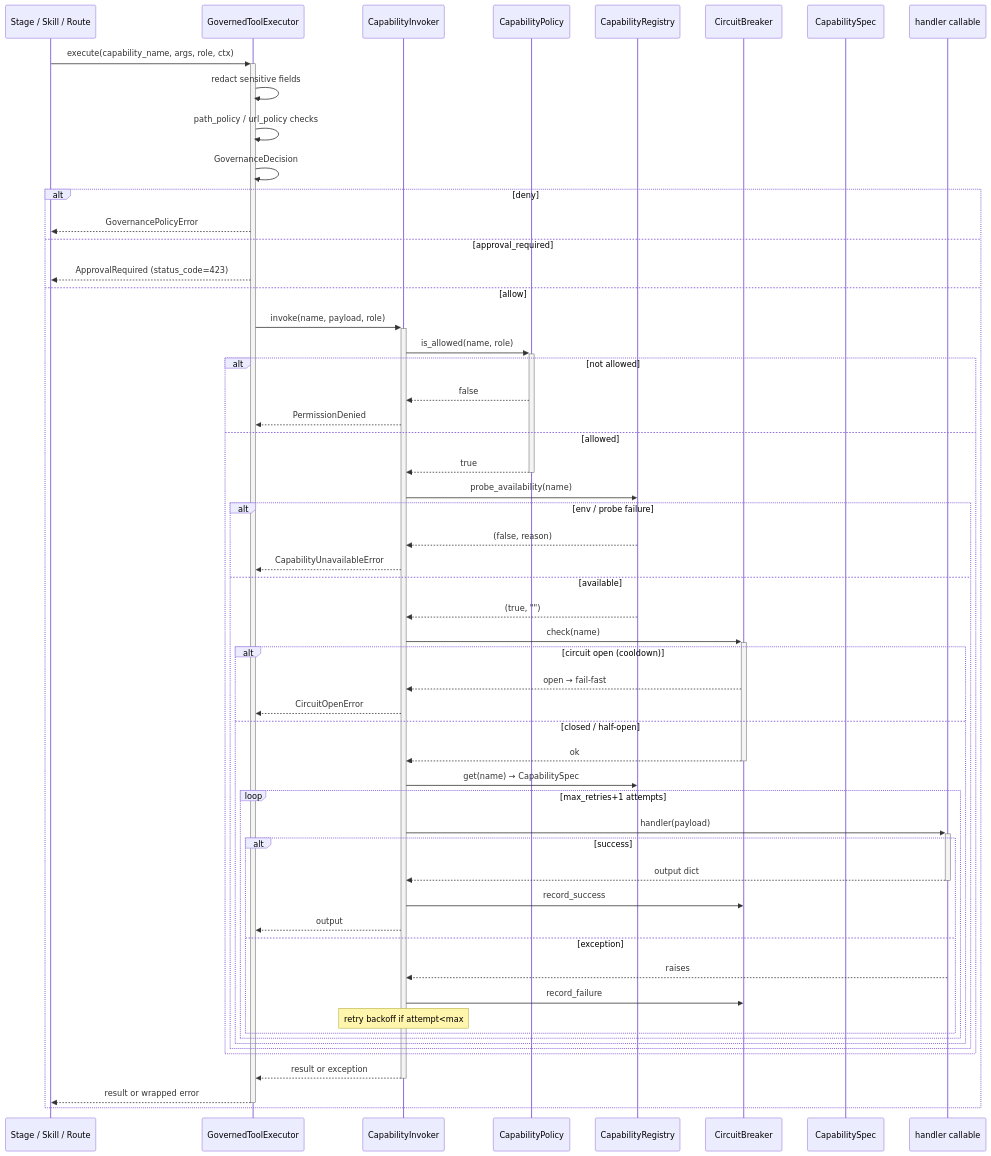
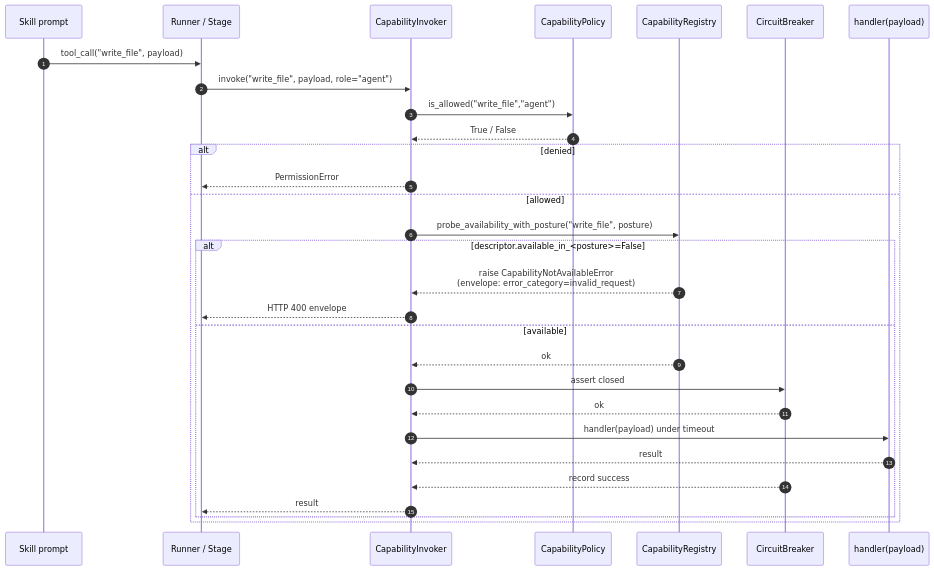
One commit to chaosxingxc-orion/hi-agent changed the third of 4 diagrams in hi_agent/capability/ARCHITECTURE.md. Above: the diagram before and after it, drawn with Mermaid. The commit also changed other lines of this file and 25 other files, not shown here.

First line of the commit message:
[W35-corrective] Refresh ARCHITECTURE.md hierarchy + add missing READMEs

````diff
--- a/hi_agent/capability/ARCHITECTURE.md
+++ b/hi_agent/capability/ARCHITECTURE.md
@@ -103,59 +129,32 @@
 ```mermaid
 sequenceDiagram
-    participant Caller as Stage / Skill / Route
-    participant GovExec as GovernedToolExecutor
+    autonumber
+    participant Skill as Skill prompt
+    participant Run as Runner / Stage
     participant Inv as CapabilityInvoker
     participant Pol as CapabilityPolicy
     participant Reg as CapabilityRegistry
     participant CB as CircuitBreaker
-    participant Spec as CapabilitySpec
-    participant Handler as handler callable
-
-    Caller->>+GovExec: execute(capability_name, args, role, ctx)
-    GovExec->>GovExec: redact sensitive fields
-    GovExec->>GovExec: path_policy / url_policy checks
-    GovExec->>GovExec: GovernanceDecision
-    alt deny
-        GovExec-->>Caller: GovernancePolicyError
-    else approval_required
-        GovExec-->>Caller: ApprovalRequired (status_code=423)
-    else allow
-        GovExec->>+Inv: invoke(name, payload, role)
-        Inv->>+Pol: is_allowed(name, role)
-        alt not allowed
-            Pol-->>Inv: false
-            Inv-->>GovExec: PermissionDenied
-        else allowed
-            Pol-->>-Inv: true
-            Inv->>Reg: probe_availability(name)
-            alt env / probe failure
-                Reg-->>Inv: (false, reason)
-                Inv-->>GovExec: CapabilityUnavailableError
-            else available
-                Reg-->>Inv: (true, "")
-                Inv->>+CB: check(name)
-                alt circuit open (cooldown)
-                    CB-->>Inv: open → fail-fast
-                    Inv-->>GovExec: CircuitOpenError
-                else closed / half-open
-                    CB-->>-Inv: ok
-                    Inv->>Reg: get(name) → CapabilitySpec
-                    loop max_retries+1 attempts
-                        Inv->>+Handler: handler(payload)
-                        alt success
-                            Handler-->>-Inv: output dict
-                            Inv->>CB: record_success
-                            Inv-->>GovExec: output
-                        else exception
-                            Handler-->>Inv: raises
-                            Inv->>CB: record_failure
-                            Note over Inv: retry backoff if attempt<max
-                        end
-                    end
-                end
-            end
+    participant H as handler(payload)
+    Skill->>Run: tool_call("write_file", payload)
+    Run->>Inv: invoke("write_file", payload, role="agent")
+    Inv->>Pol: is_allowed("write_file","agent")
+    Pol-->>Inv: True / False
+    alt denied
+        Inv-->>Run: PermissionError
+    else allowed
+        Inv->>Reg: probe_availability_with_posture("write_file", posture)
+        alt descriptor.available_in_<posture>=False
+            Reg-->>Inv: raise CapabilityNotAvailableError<br/>(envelope: error_category=invalid_request)
+            Inv-->>Run: HTTP 400 envelope
+        else available
+            Reg-->>Inv: ok
+            Inv->>CB: assert closed
+            CB-->>Inv: ok
+            Inv->>H: handler(payload) under timeout
+            H-->>Inv: result
+            CB-->>Inv: record success
+            Inv-->>Run: result
         end
-        Inv-->>-GovExec: result or exception
-        GovExec-->>-Caller: result or wrapped error
     end
 ```
````
